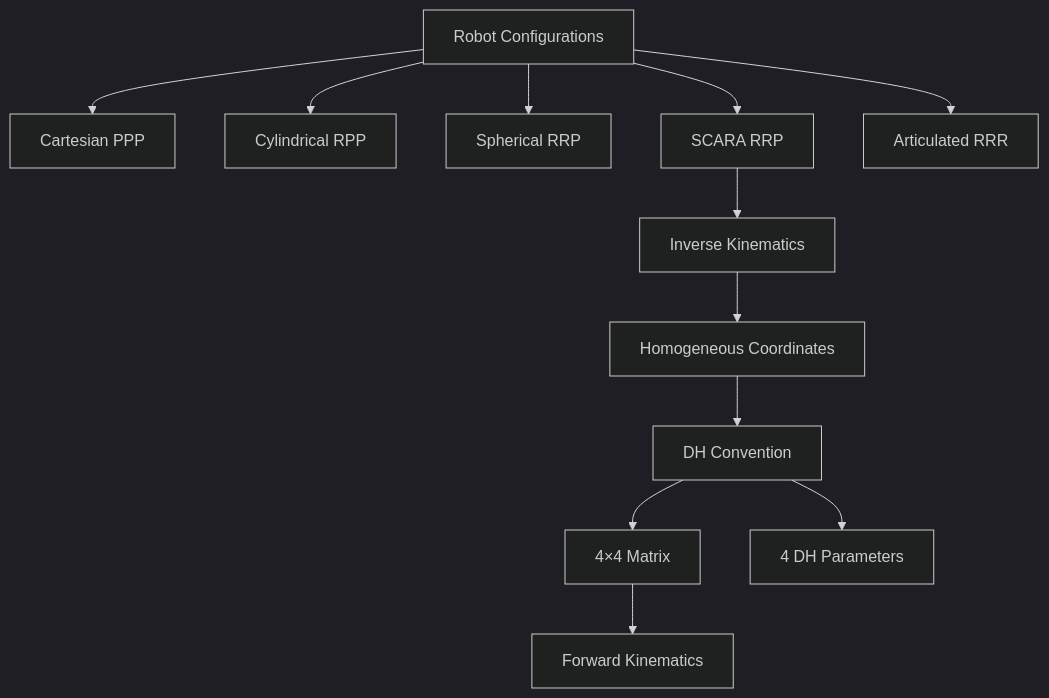
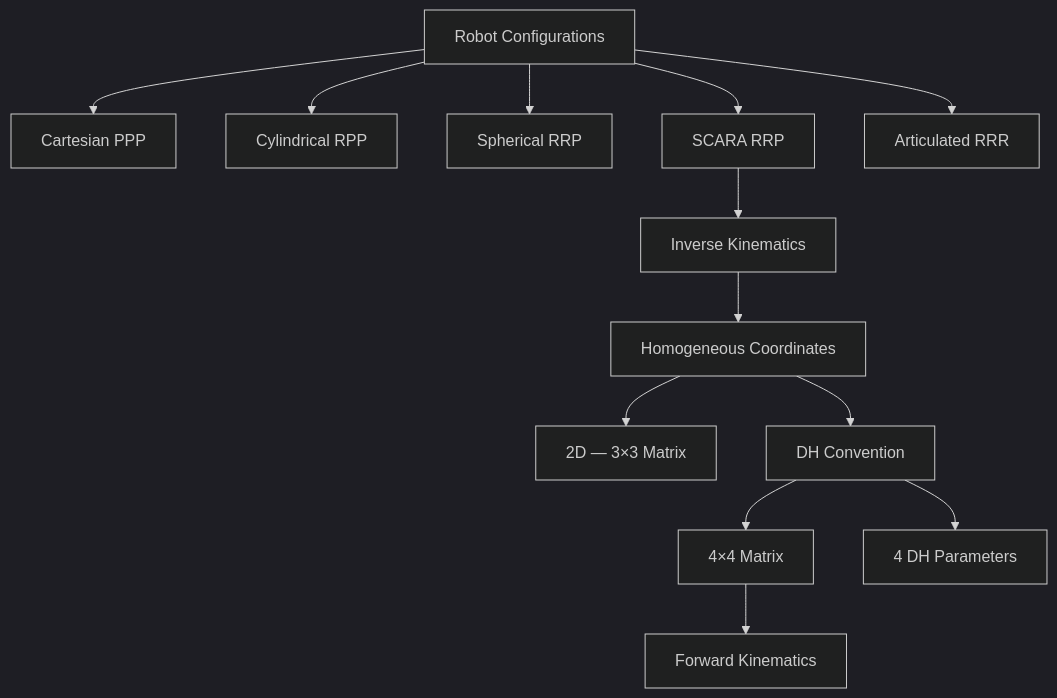
Before and after one commit to Hajime-No-Ippo/MSc-Notes: the diagram in Notes/CS422 Robotics and Automation/2026-09-28 - Linkages, Mechanisms & Kinematics.md, drawn with Mermaid (dark theme). The commit also changed other lines of this file, not shown here.

````diff
--- a/Notes/CS422 Robotics and Automation/2026-09-28 - Linkages, Mechanisms & Kinematics.md
+++ b/Notes/CS422 Robotics and Automation/2026-09-28 - Linkages, Mechanisms & Kinematics.md
@@ -357,14 +449,15 @@
 ```mermaid
 graph TD
     H[Robot Configurations] --> I[Cartesian PPP]
     H --> J[Cylindrical RPP]
     H --> K[Spherical RRP]
     H --> L[SCARA RRP]
     H --> M[Articulated RRR]
     L --> N[Inverse Kinematics]
     N --> O[Homogeneous Coordinates]
+    O --> O2[2D — 3×3 Matrix]
     O --> P[DH Convention]
     P --> Q[4×4 Matrix]
     P --> R[4 DH Parameters]
     Q --> S[Forward Kinematics]
 ```
````
